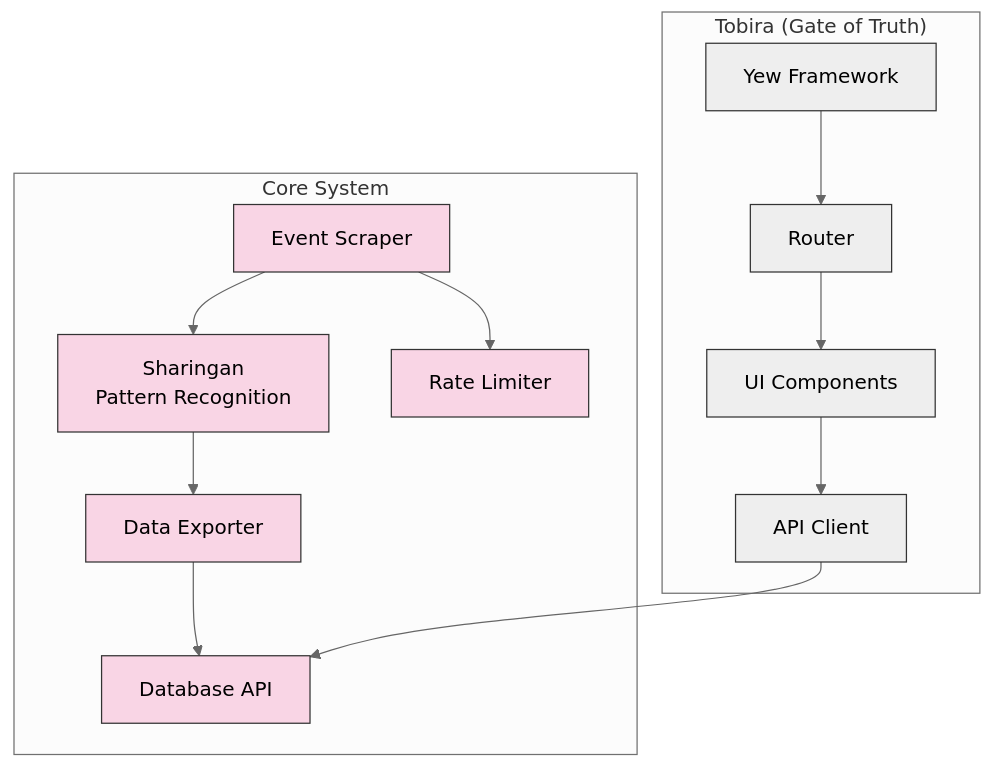
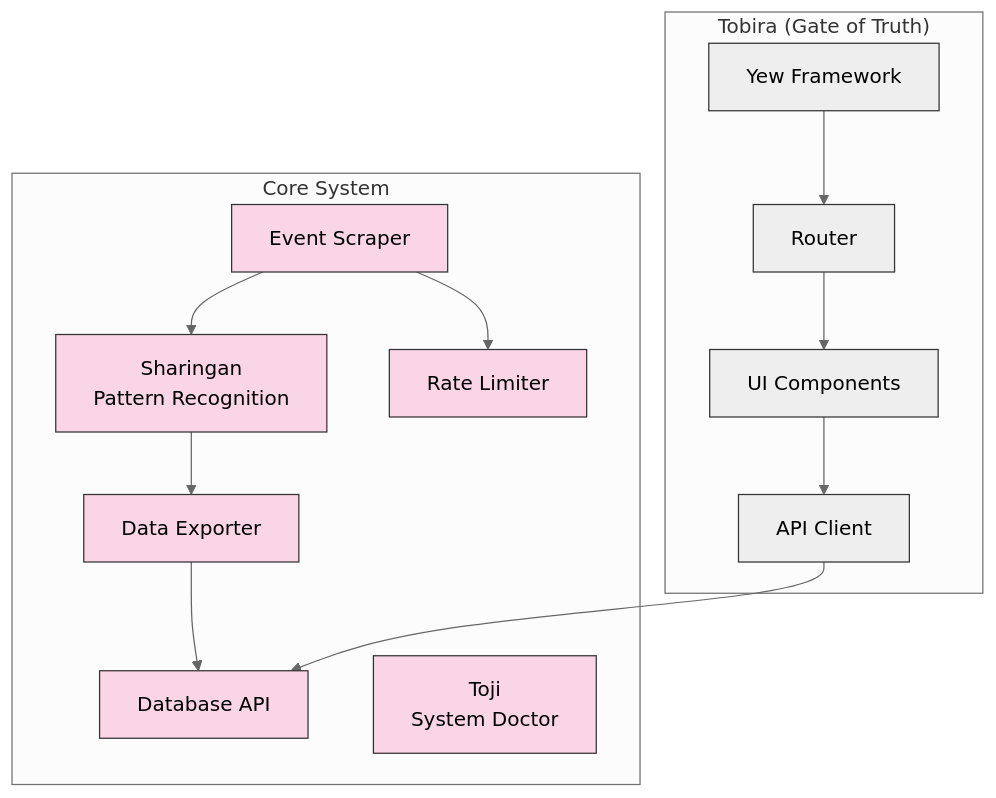
Before and after one commit to piabrota/ihoje: the diagram in docs/project/README.md, drawn with Mermaid (neutral theme). The commit also changed other lines of this file and 184 other files, not shown here.

````diff
--- a/docs/project/README.md
+++ b/docs/project/README.md
@@ -25,33 +26,34 @@
 ```mermaid
 graph TB
     subgraph Core["Core System"]
         Sharingan[Sharingan<br>Pattern Recognition]
         Scraper[Event Scraper]
         RateLimiter[Rate Limiter]
         Exporter[Data Exporter]
         Database[Database API]
+        Toji[Toji<br>System Doctor]
     end
     
     subgraph Frontend["Tobira (Gate of Truth)"]
         Yew[Yew Framework]
         Components[UI Components]
         Router[Router]
         ApiClient[API Client]
     end
     
     Scraper --> Sharingan
     Scraper --> RateLimiter
     Sharingan --> Exporter
     Exporter --> Database
     
     ApiClient --> Database
     Components --> ApiClient
     Router --> Components
     Yew --> Router
     
     classDef core fill:#f9d5e5,stroke:#333,stroke-width:1px
     classDef frontend fill:#eeeeee,stroke:#333,stroke-width:1px
     
-    class Sharingan,Scraper,RateLimiter,Exporter,Database core
+    class Sharingan,Scraper,RateLimiter,Exporter,Database,Toji core
     class Yew,Components,Router,ApiClient frontend
 ```
````
